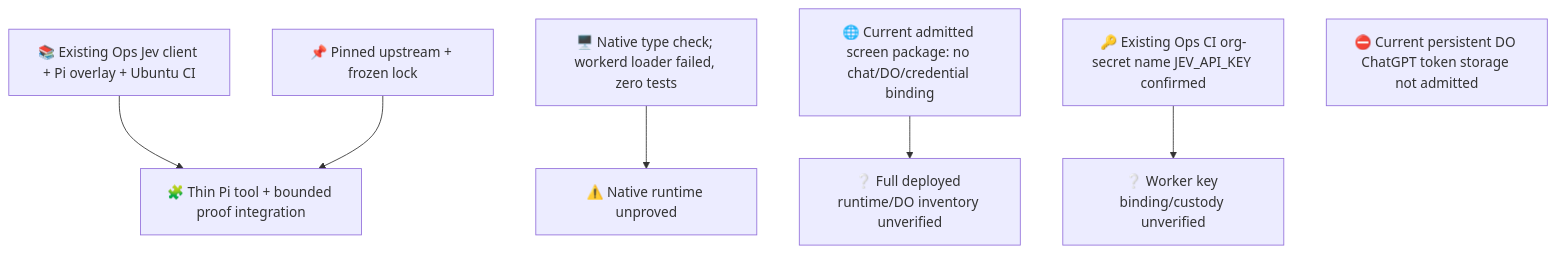
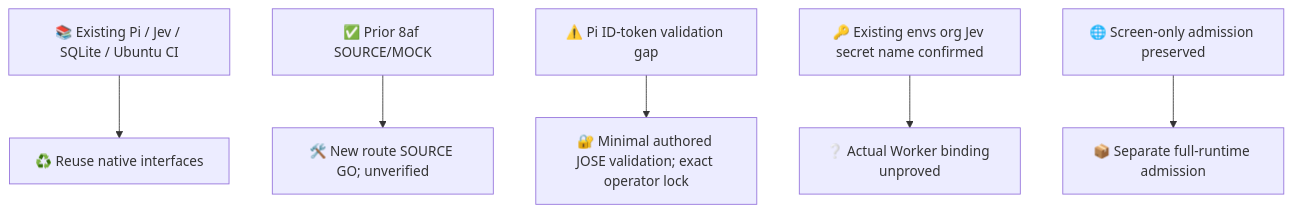
The first of 3 diagrams in experiments/pi-worker-proof/README.md (roccho-org/ops), drawn with Mermaid before and after one commit. The commit also changed other lines of this file and 5 other files, not shown here.

````diff
--- a/experiments/pi-worker-proof/README.md
+++ b/experiments/pi-worker-proof/README.md
@@ -22,9 +11,8 @@
 ```mermaid
 flowchart TB
-  Ops["📚 Existing Ops Jev client + Pi overlay + Ubuntu CI"] --> Gap["🧩 Thin Pi tool + bounded proof integration"]
-  Pin["📌 Pinned upstream + frozen lock"] --> Gap
-  Native["🖥️ Native type check; workerd loader failed, zero tests"] --> Limits["⚠️ Native runtime unproved"]
-  Screen["🌐 Current admitted screen package: no chat/DO/credential binding"] --> Runtime["❔ Full deployed runtime/DO inventory unverified"]
-  Key["🔑 Existing Ops CI org-secret name JEV_API_KEY confirmed"] --> Binding["❔ Worker key binding/custody unverified"]
-  Auth["⛔ Current persistent DO ChatGPT token storage not admitted"]
+  Existing["📚 Existing Pi / Jev / SQLite / Ubuntu CI"] --> Reuse["♻️ Reuse native interfaces"]
+  Accepted["✅ Prior 8af SOURCE/MOCK"] --> New["🛠️ New route SOURCE GO; unverified"]
+  Gap["⚠️ Pi ID-token validation gap"] --> JOSE["🔐 Minimal authored JOSE validation; exact operator lock"]
+  Secret["🔑 Existing envs org Jev secret name confirmed"] --> Binding["❔ Actual Worker binding unproved"]
+  Screen["🌐 Screen-only admission preserved"] --> Runtime["📦 Separate full-runtime admission"]
 ```
````
